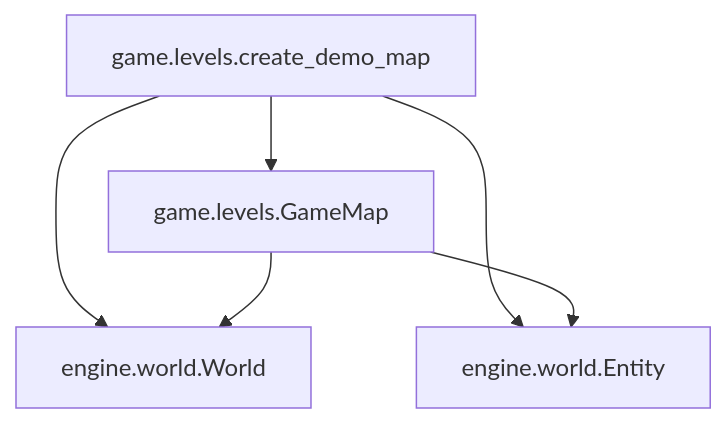
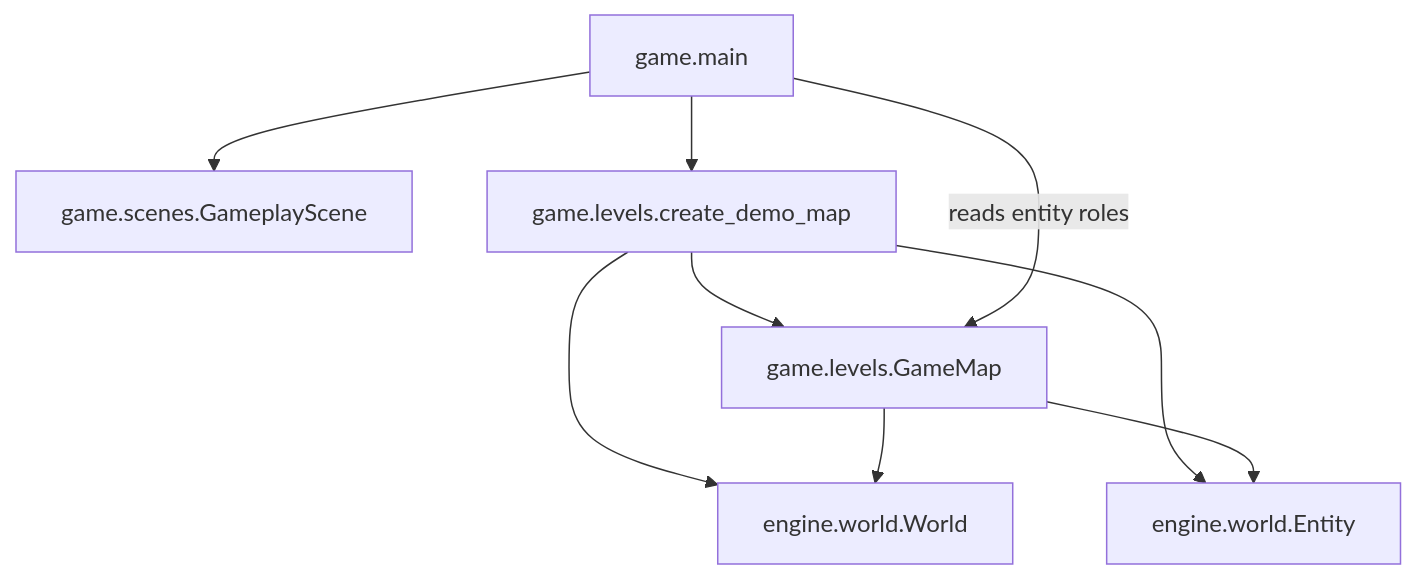
The diagram in docs/architecture/levels.md (VincentMardon/my_first_adventure_game), drawn with Mermaid before and after one commit. The commit also changed other lines of this file and 12 other files, not shown here.

Commit message:
feat(gameplay): connect title to playable demo map

````diff
--- a/docs/architecture/levels.md
+++ b/docs/architecture/levels.md
@@ -58,13 +58,18 @@
 ```mermaid
 flowchart TD
     GameMap["game.levels.GameMap"]
+    GameMain["game.main"]
+    GameplayScene["game.scenes.GameplayScene"]
     DemoMap["game.levels.create_demo_map"]
     World["engine.world.World"]
     Entity["engine.world.Entity"]
 
     DemoMap --> GameMap
     DemoMap --> World
     DemoMap --> Entity
     GameMap --> World
     GameMap --> Entity
+    GameMain --> DemoMap
+    GameMain -->|"reads entity roles"| GameMap
+    GameMain --> GameplayScene
 ```
````
